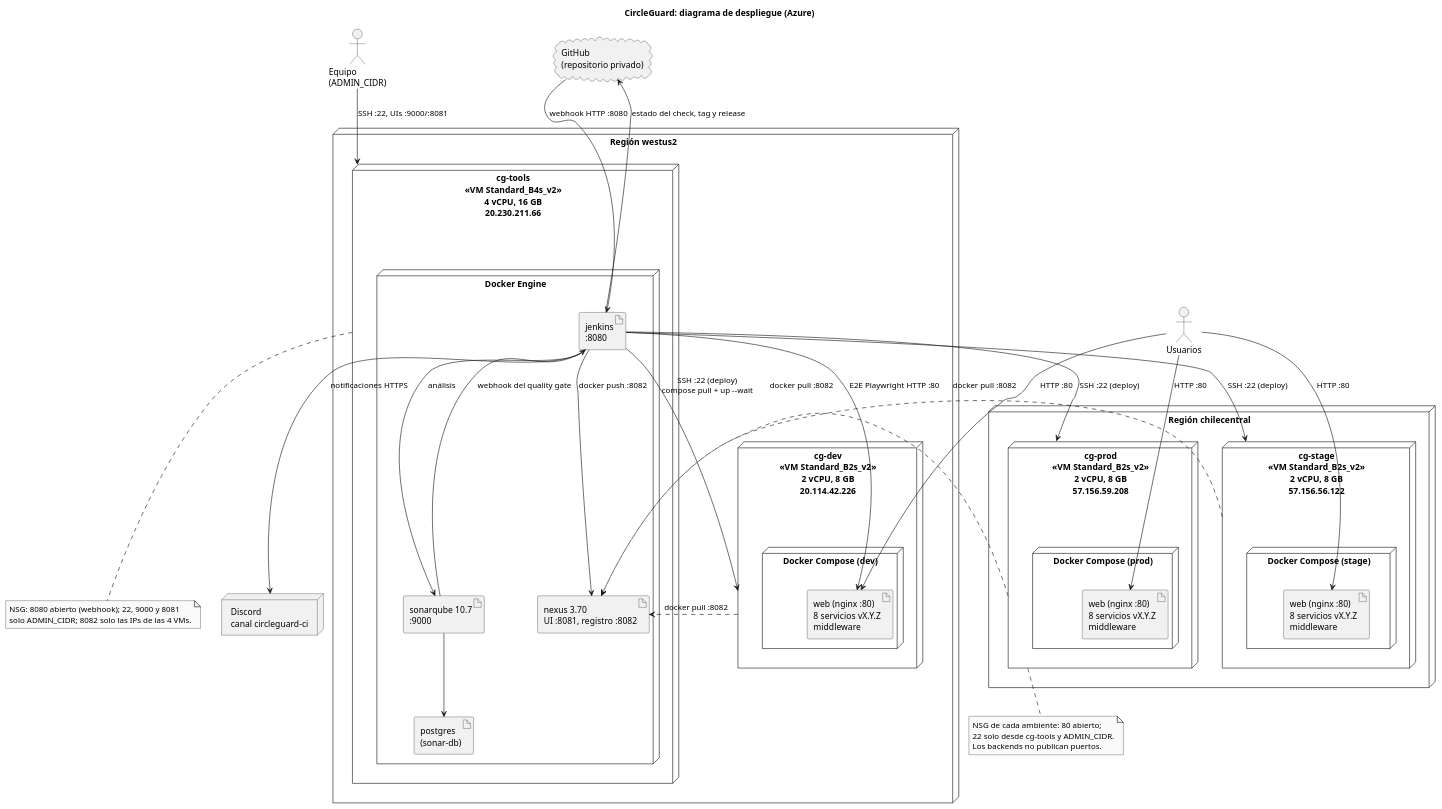
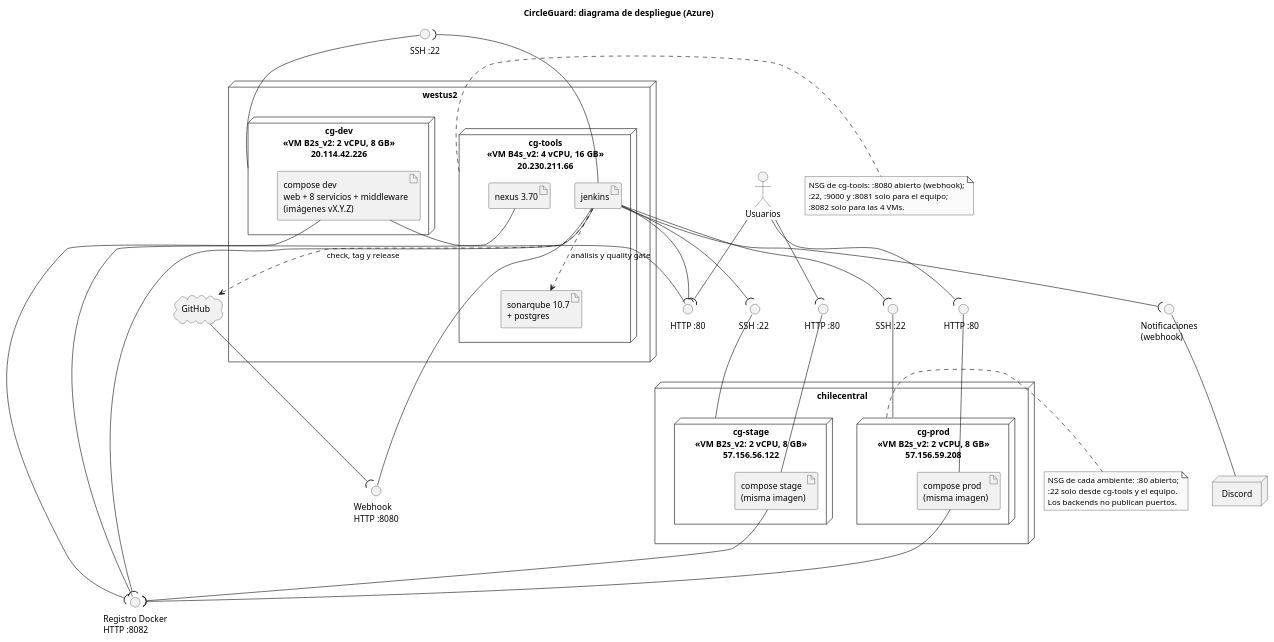
The diagram in docs/arquitectura/uml/despliegue.puml (ingesoft5/circle-guard-finalproject-A00395967-A00400880-A00401286), drawn with PlantUML before and after one commit. The commit also changed 3 other files, not shown here.

Commit message:
docs(arch): show provided and required interfaces in the UML component and deployment diagrams

```diff
--- a/docs/arquitectura/uml/despliegue.puml
+++ b/docs/arquitectura/uml/despliegue.puml
@@ -1,74 +1,86 @@
 @startuml despliegue
-' Diagrama de despliegue UML de CircleGuard en Azure (Parte 1).
-' Fuente de verdad: infra/azure/provision.sh, infra/bootstrap/ y deploy/.
+' Diagrama de despliegue UML de CircleGuard en Azure (Parte 1), con las
+' interfaces que expone cada nodo (círculo) y las que requiere (semicírculo).
+' Fuente de verdad: infra/azure/provision.sh (NSG), infra/bootstrap/ y deploy/.
 skinparam monochrome true
 skinparam shadowing false
 skinparam defaultFontName Arial
+skinparam nodesep 40
+skinparam ranksep 55
 title CircleGuard: diagrama de despliegue (Azure)
 
-cloud "GitHub\n(repositorio privado)" as github
-node "Discord\ncanal circleguard-ci" as discord
+cloud "GitHub" as github
 actor "Usuarios" as users
-actor "Equipo\n(ADMIN_CIDR)" as admin
 
-node "Región westus2" {
-  node "cg-tools\n<<VM Standard_B4s_v2>>\n4 vCPU, 16 GB\n20.230.211.66" as tools {
-    node "Docker Engine" as tdock {
-      artifact "jenkins\n:8080" as jenkins
-      artifact "sonarqube 10.7\n:9000" as sonar
-      artifact "postgres\n(sonar-db)" as sonardb
-      artifact "nexus 3.70\nUI :8081, registro :8082" as nexus
-    }
+() "Webhook\nHTTP :8080" as IWebhook
+() "Registro Docker\nHTTP :8082" as IRegistry
+() "Notificaciones\n(webhook)" as IDiscord
+
+node "westus2" {
+  node "cg-tools\n<<VM B4s_v2: 4 vCPU, 16 GB>>\n20.230.211.66" as tools {
+    artifact "jenkins" as jenkins
+    artifact "sonarqube 10.7\n+ postgres" as sonar
+    artifact "nexus 3.70" as nexus
   }
-  node "cg-dev\n<<VM Standard_B2s_v2>>\n2 vCPU, 8 GB\n20.114.42.226" as dev {
-    node "Docker Compose (dev)" as cdev {
-      artifact "web (nginx :80)\n8 servicios vX.Y.Z\nmiddleware" as appdev
-    }
+  node "cg-dev\n<<VM B2s_v2: 2 vCPU, 8 GB>>\n20.114.42.226" as dev {
+    artifact "compose dev\nweb + 8 servicios + middleware\n(imágenes vX.Y.Z)" as appdev
   }
 }
 
-node "Región chilecentral" {
-  node "cg-stage\n<<VM Standard_B2s_v2>>\n2 vCPU, 8 GB\n57.156.56.122" as stage {
-    node "Docker Compose (stage)" as cstage {
-      artifact "web (nginx :80)\n8 servicios vX.Y.Z\nmiddleware" as appstage
-    }
+node "chilecentral" {
+  node "cg-stage\n<<VM B2s_v2: 2 vCPU, 8 GB>>\n57.156.56.122" as stage {
+    artifact "compose stage\n(misma imagen)" as appstage
   }
-  node "cg-prod\n<<VM Standard_B2s_v2>>\n2 vCPU, 8 GB\n57.156.59.208" as prod {
-    node "Docker Compose (prod)" as cprod {
-      artifact "web (nginx :80)\n8 servicios vX.Y.Z\nmiddleware" as appprod
-    }
+  node "cg-prod\n<<VM B2s_v2: 2 vCPU, 8 GB>>\n57.156.59.208" as prod {
+    artifact "compose prod\n(misma imagen)" as appprod
   }
 }
 
-github --> jenkins : webhook HTTP :8080
-jenkins --> github : estado del check, tag y release
-sonar --> jenkins : webhook del quality gate
-sonar --> sonardb
-jenkins --> sonar : análisis
-jenkins --> nexus : docker push :8082
-jenkins --> discord : notificaciones HTTPS
+node "Discord" as discord
 
-jenkins --> dev : SSH :22 (deploy)\ncompose pull + up --wait
-jenkins --> stage : SSH :22 (deploy)
-jenkins --> prod : SSH :22 (deploy)
-jenkins --> appdev : E2E Playwright HTTP :80
+() "SSH :22" as ISshDev
+() "SSH :22 " as ISshStage
+() "SSH :22  " as ISshProd
+() "HTTP :80" as IWebDev
+() "HTTP :80 " as IWebStage
+() "HTTP :80  " as IWebProd
 
-dev ..> nexus : docker pull :8082
-stage ..> nexus : docker pull :8082
-prod ..> nexus : docker pull :8082
+' ---- Interfaces provistas (abiertas en el NSG)
+IWebhook -- jenkins
+IRegistry -- nexus
+IDiscord -- discord
+ISshDev -- dev
+ISshStage -- stage
+ISshProd -- prod
+IWebDev -- appdev
+IWebStage -- appstage
+IWebProd -- appprod
 
-users --> appdev : HTTP :80
-users --> appstage : HTTP :80
-users --> appprod : HTTP :80
-admin --> tools : SSH :22, UIs :9000/:8081
+' ---- Interfaces requeridas
+github --( IWebhook
+jenkins --( IRegistry
+jenkins --( ISshDev
+jenkins --( ISshStage
+jenkins --( ISshProd
+jenkins --( IWebDev
+jenkins --( IDiscord
+appdev --( IRegistry
+appstage --( IRegistry
+appprod --( IRegistry
+users --( IWebDev
+users --( IWebStage
+users --( IWebProd
+jenkins ..> sonar : análisis y quality gate
+jenkins ..> github : check, tag y release
 
-note bottom of tools
-  NSG: 8080 abierto (webhook); 22, 9000 y 8081
-  solo ADMIN_CIDR; 8082 solo las IPs de las 4 VMs.
+note right of tools
+  NSG de cg-tools: :8080 abierto (webhook);
+  :22, :9000 y :8081 solo para el equipo;
+  :8082 solo para las 4 VMs.
 end note
-note bottom of prod
-  NSG de cada ambiente: 80 abierto;
-  22 solo desde cg-tools y ADMIN_CIDR.
+note right of prod
+  NSG de cada ambiente: :80 abierto;
+  :22 solo desde cg-tools y el equipo.
   Los backends no publican puertos.
 end note
 @enduml
```
